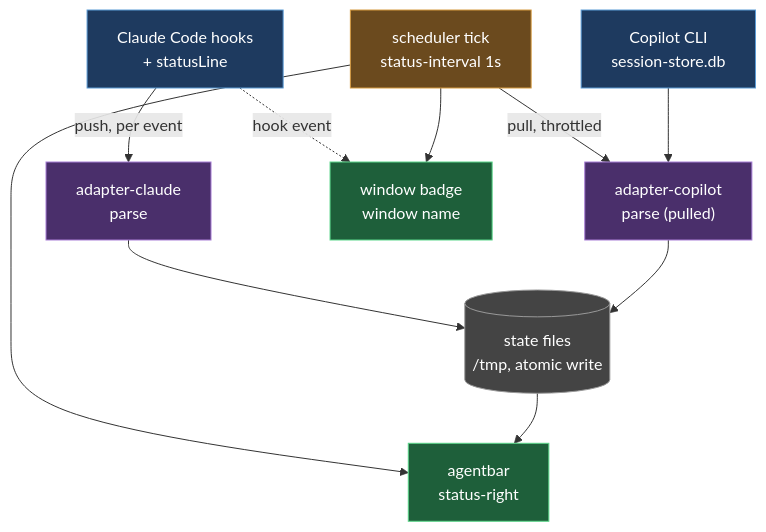
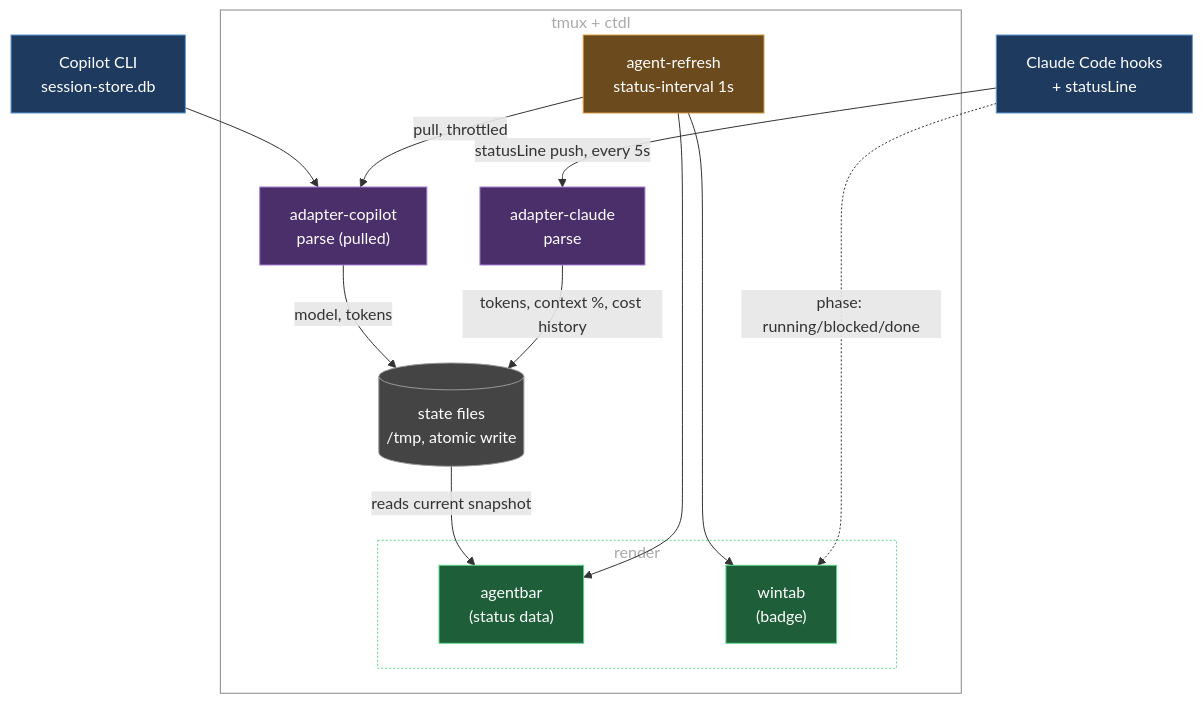
The diagram in README.md (marcintk/tmux-ctdl), drawn with Mermaid before and after one commit. The commit also changed other lines of this file and 8 other files, not shown here.

First line of the commit message:
docs: label statusLine 5s push in data-flow diagram (#14)

````diff
--- a/README.md
+++ b/README.md
@@ -111,33 +71,36 @@
 ```mermaid
 graph TD
   claude["Claude Code hooks<br/>+ statusLine"]:::src
   copilot["Copilot CLI<br/>session-store.db"]:::src
 
-  adapterClaude["adapter-claude<br/>parse"]:::adapter
-  adapterCopilot["adapter-copilot<br/>parse (pulled)"]:::adapter
+  subgraph ctdl["tmux + ctdl"]
+    tick["agent-refresh<br/>status-interval 1s"]:::sched
+    adapterClaude["adapter-claude<br/>parse"]:::adapter
+    adapterCopilot["adapter-copilot<br/>parse (pulled)"]:::adapter
+    state[("state files<br/>/tmp, atomic write")]:::store
+    subgraph render["render"]
+      agentbar["agentbar<br/>(status data)"]:::out
+      wintab["wintab<br/>(badge)"]:::out
+    end
+  end
 
-  state[("state files<br/>/tmp, atomic write")]:::store
-
-  tick["scheduler tick<br/>status-interval 1s"]:::sched
-
-  agentbar["agentbar<br/>status-right"]:::out
-  wintab["window badge<br/>window name"]:::out
-
-  claude -- push, per event --> adapterClaude
+  claude -- statusLine push, every 5s --> adapterClaude
   tick -- pull, throttled --> adapterCopilot
   copilot --> adapterCopilot
 
-  adapterClaude --> state
-  adapterCopilot --> state
-  claude -. hook event .-> wintab
+  adapterClaude -- tokens, context %, cost history --> state
+  adapterCopilot -- model, tokens --> state
+  claude -. phase: running/blocked/done .-> wintab
 
   tick --> agentbar
   tick --> wintab
-  state --> agentbar
+  state -- reads current snapshot --> agentbar
 
   classDef src fill:#1e3a5f,stroke:#5b9bd5,color:#fff
   classDef adapter fill:#4a2f6b,stroke:#a97fd6,color:#fff
   classDef store fill:#444,stroke:#999,color:#fff
   classDef sched fill:#6b4a1e,stroke:#d69a3f,color:#fff
   classDef out fill:#1e5f3a,stroke:#5bd68a,color:#fff
+  style ctdl fill:none,stroke:#888,color:#aaa
+  style render fill:none,stroke:#5bd68a,stroke-dasharray:2 2,color:#aaa
 ```
````
